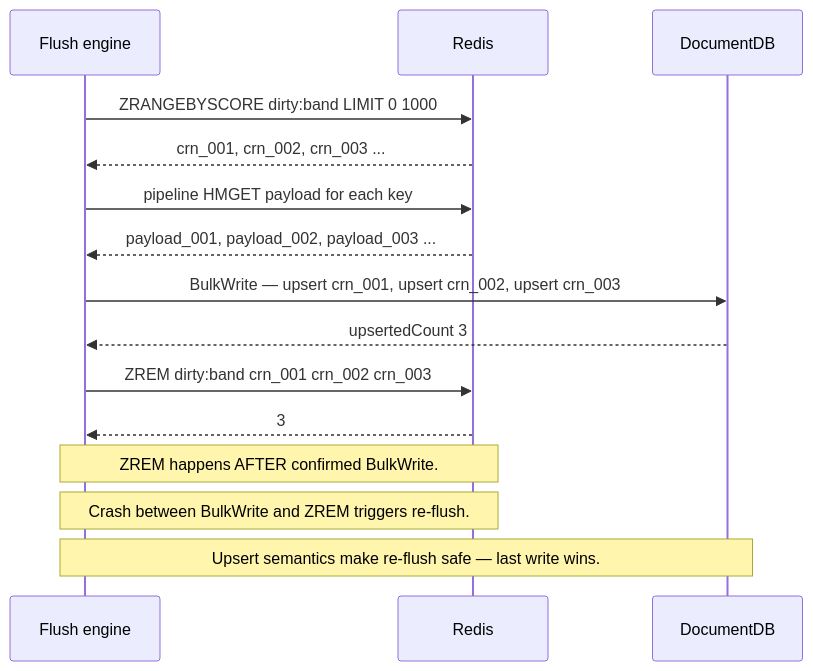
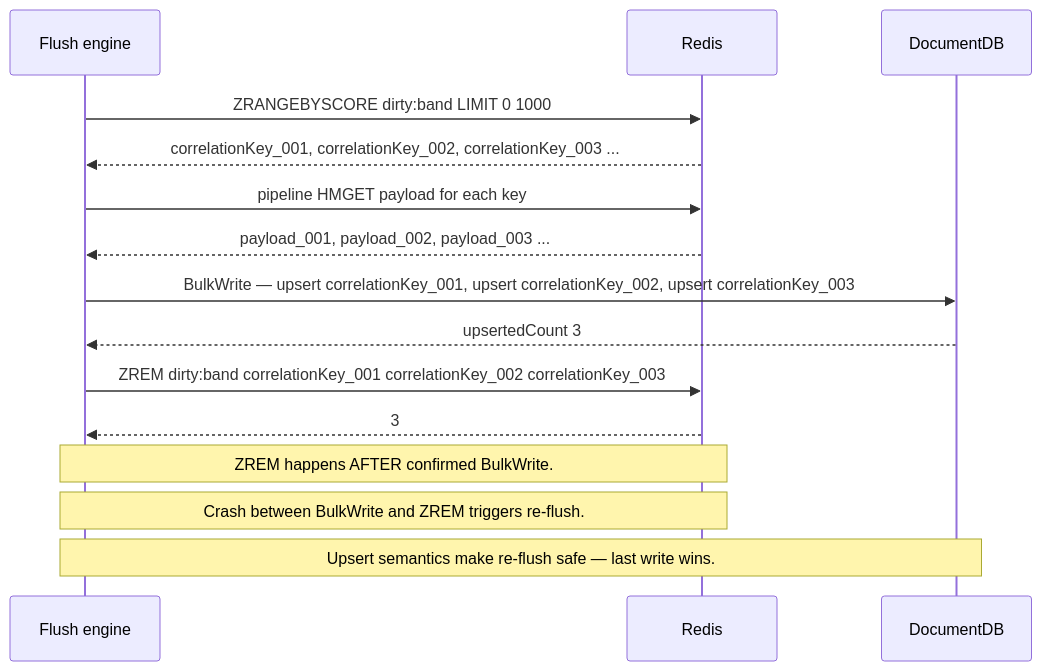
One commit to hussainpithawala/sluice-go changed the sixth of 10 diagrams in README.md. Above: the diagram before and after it, drawn with Mermaid. The commit also changed other lines of this file and 15 other files, not shown here.

First line of the commit message:
refactor(core, examples, tests): replace `crn` with `correlationKey` for consistency

````diff
--- a/README.md
+++ b/README.md
@@ -176,22 +176,22 @@
 ```mermaid
 sequenceDiagram
     participant E as Flush engine
     participant R as Redis
     participant D as DocumentDB
 
     E->>R: ZRANGEBYSCORE dirty:band LIMIT 0 1000
-    R-->>E: crn_001, crn_002, crn_003 ...
+    R-->>E: correlationKey_001, correlationKey_002, correlationKey_003 ...
 
     E->>R: pipeline HMGET payload for each key
     R-->>E: payload_001, payload_002, payload_003 ...
 
-    E->>D: BulkWrite — upsert crn_001, upsert crn_002, upsert crn_003
+    E->>D: BulkWrite — upsert correlationKey_001, upsert correlationKey_002, upsert correlationKey_003
     D-->>E: upsertedCount 3
 
-    E->>R: ZREM dirty:band crn_001 crn_002 crn_003
+    E->>R: ZREM dirty:band correlationKey_001 correlationKey_002 correlationKey_003
     R-->>E: 3
 
     Note over E,R: ZREM happens AFTER confirmed BulkWrite.
     Note over E,R: Crash between BulkWrite and ZREM triggers re-flush.
     Note over E,D: Upsert semantics make re-flush safe — last write wins.
 ```
````
